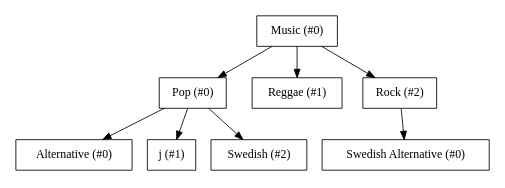
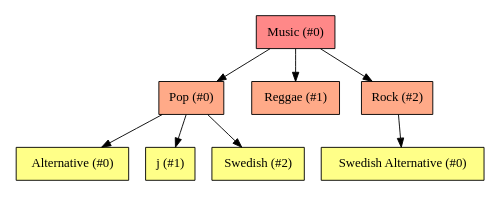
Before and after one commit to sahib/libmunin-thesis: the diagram in rst/5_provider/figs/tree_first.dot, drawn with Graphviz. The commit also changed 26 other files, not shown here.

Commit message:
Added some colors to the graphics.

```diff
--- a/rst/5_provider/figs/tree_first.dot
+++ b/rst/5_provider/figs/tree_first.dot
@@ -1,14 +1,27 @@
 digraph {
     size=4; 
-    node [shape=record];
+    node [shape=solid, style=filled, fontname="monoOne"];
+
+    "Music (#0)" [fillcolor="#ff8888"];
+
+    "Pop (#0)" [fillcolor="#ffaa88"];
+    "Reggae (#1)" [fillcolor="#ffaa88"];
+    "Rock (#2)" [fillcolor="#ffaa88"];
+
+    "Alternative (#0) " [fillcolor="#ffff88"];
+    "j (#1)" [fillcolor="#ffff88"];
+    "Swedish (#2)" [fillcolor="#ffff88"];
+    "Swedish Alternative (#0)" [fillcolor="#ffff88"];
+
+    // ------------------
 
     "Music (#0)" -> "Pop (#0)"
     "Music (#0)" -> "Reggae (#1)"
     "Music (#0)" -> "Rock (#2)"
 
     "Pop (#0)" -> "Alternative (#0) "
     "Pop (#0)" -> "j (#1)"
     "Pop (#0)" -> "Swedish (#2)"
 
     "Rock (#2)" -> "Swedish Alternative (#0)"
 }
```
